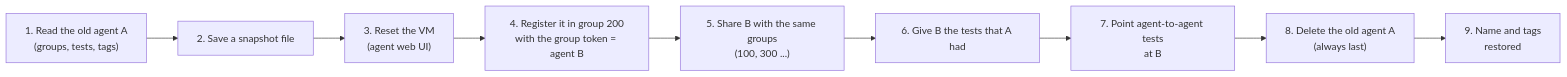
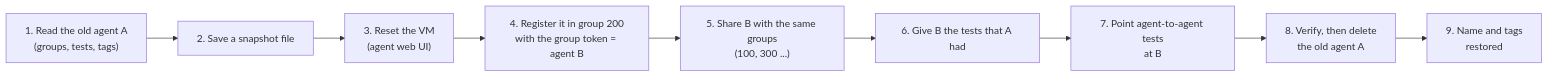
One commit to miherna2/te_ea_account_transfer changed the first of 5 diagrams in TE_AGENT_MIGRATE_MINIMAL_REQUIREMENTS/README.md. Above: the diagram before and after it, drawn with Mermaid. The commit also changed other lines of this file and 19 other files, not shown here.

````diff
--- a/TE_AGENT_MIGRATE_MINIMAL_REQUIREMENTS/README.md
+++ b/TE_AGENT_MIGRATE_MINIMAL_REQUIREMENTS/README.md
@@ -57,11 +60,11 @@
 ```mermaid
 flowchart LR
     A["1. Read the old agent A<br/>(groups, tests, tags)"] --> B["2. Save a snapshot file"]
     B --> C["3. Reset the VM<br/>(agent web UI)"]
     C --> D["4. Register it in group 200<br/>with the group token = agent B"]
     D --> E["5. Share B with the same groups<br/>(100, 300 ...)"]
     E --> F["6. Give B the tests that A had"]
     F --> G["7. Point agent-to-agent tests<br/>at B"]
-    G --> H["8. Delete the old agent A<br/>(always last)"]
+    G --> H["8. Verify, then delete<br/>the old agent A"]
     H --> I["9. Name and tags<br/>restored"]
 ```
````
